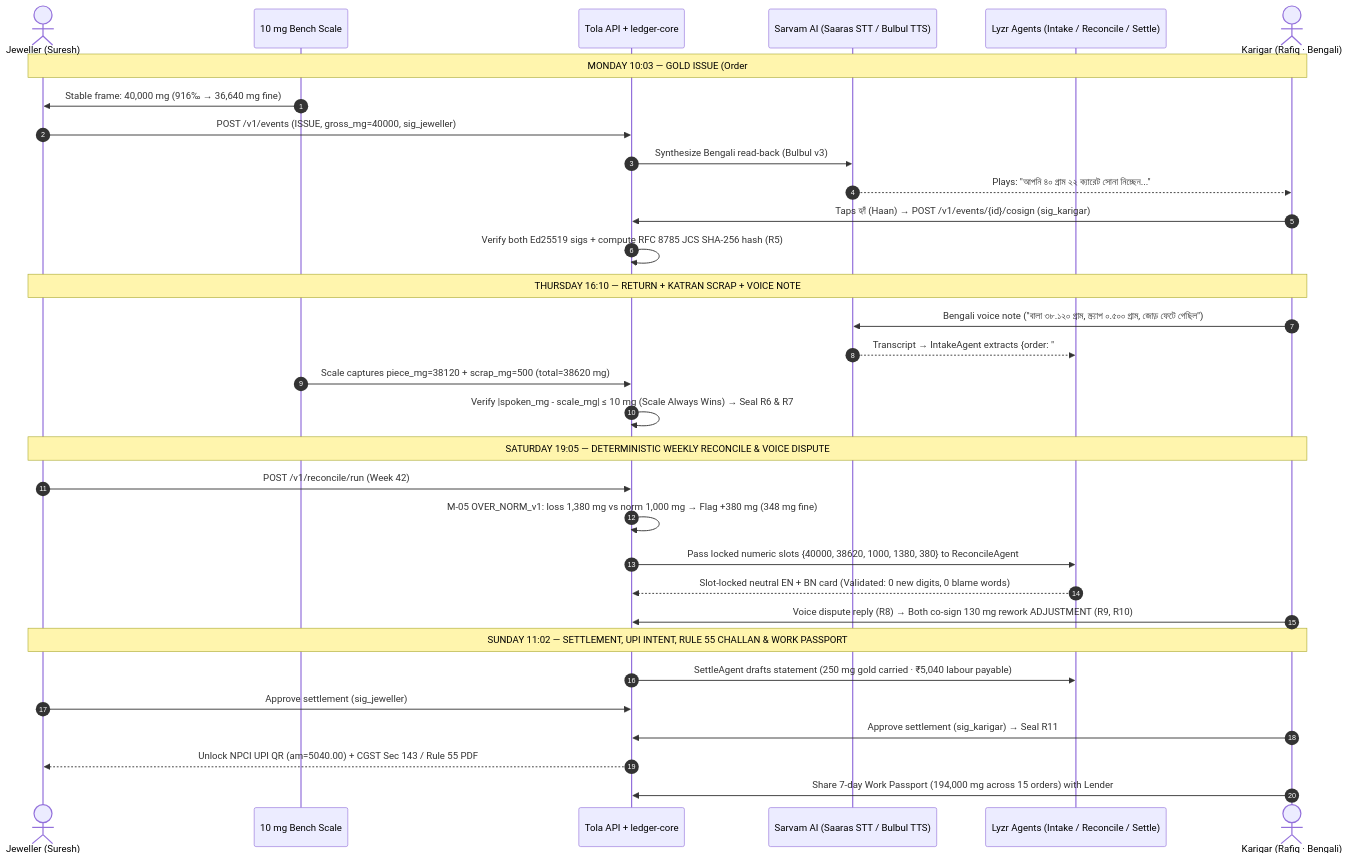
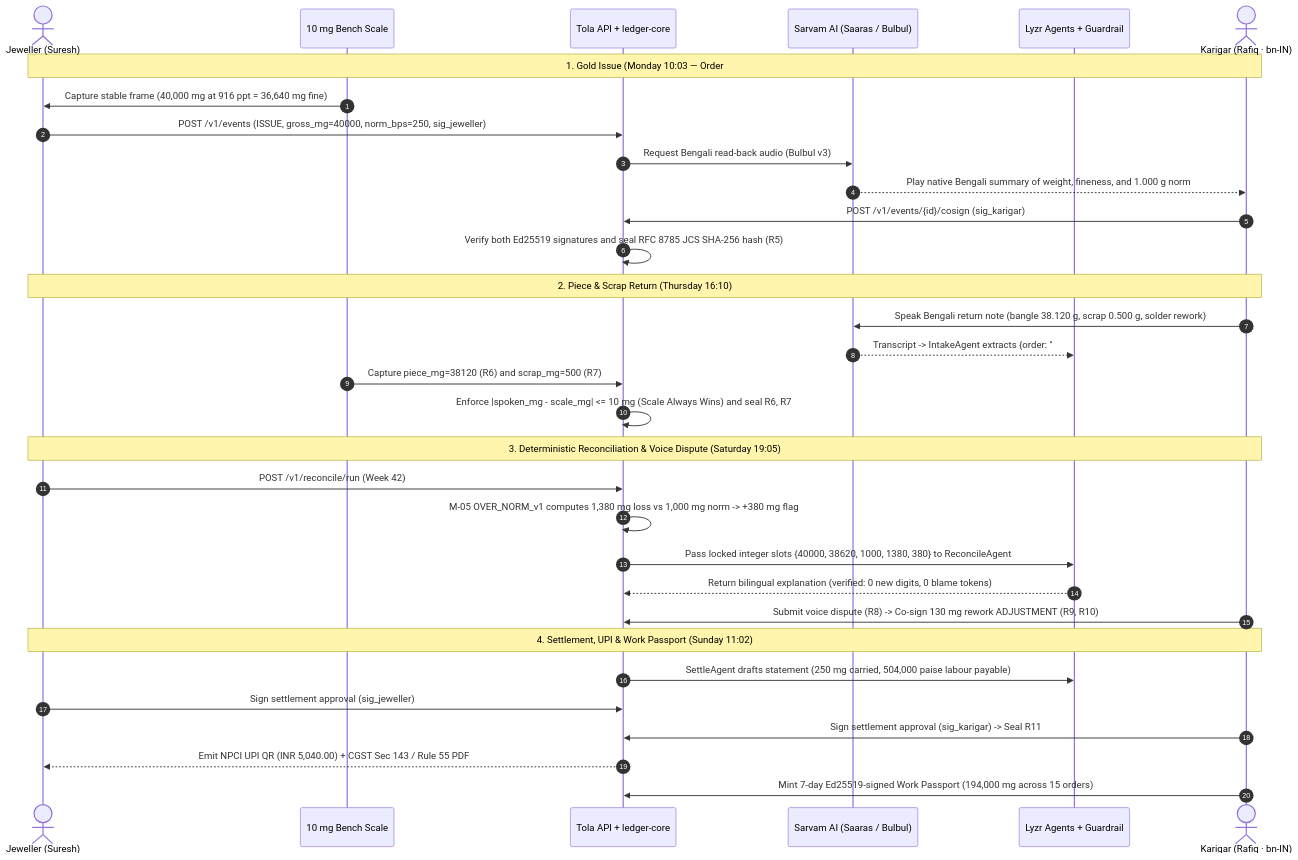
The second of 2 diagrams in README.md (harshadd-ops/Tola), drawn with Mermaid before and after one commit. The commit also changed other lines of this file and 27 other files, not shown here.

Commit message:
docs(readme): redesign into minimalist open-source README, remove slide screenshots & badges, fix KaTeX math mode, add figure captions and MIT LICENSE

````diff
--- a/README.md
+++ b/README.md
@@ -289,38 +209,38 @@
 ```mermaid
 sequenceDiagram
   autonumber
   actor J as Jeweller (Suresh)
   participant S as 10 mg Bench Scale
   participant Core as Tola API + ledger-core
-  participant Sarvam as Sarvam AI (Saaras STT / Bulbul TTS)
-  participant Lyzr as Lyzr Agents (Intake / Reconcile / Settle)
-  actor K as Karigar (Rafiq · Bengali)
+  participant V as Sarvam AI (Saaras / Bulbul)
+  participant A as Lyzr Agents + Guardrail
+  actor K as Karigar (Rafiq · bn-IN)
 
-  Note over J,K: MONDAY 10:03 — GOLD ISSUE (Order #14 · 40,000 mg 22K · 250 bps norm)
-  S->>J: Stable frame: 40,000 mg (916‰ → 36,640 mg fine)
-  J->>Core: POST /v1/events (ISSUE, gross_mg=40000, sig_jeweller)
-  Core->>Sarvam: Synthesize Bengali read-back (Bulbul v3)
-  Sarvam-->>K: Plays: "আপনি ৪০ গ্রাম ২২ ক্যারেট সোনা নিচ্ছেন..."
-  K->>Core: Taps হ্যাঁ (Haan) → POST /v1/events/{id}/cosign (sig_karigar)
-  Core->>Core: Verify both Ed25519 sigs + compute RFC 8785 JCS SHA-256 hash (R5)
+  Note over J,K: 1. Gold Issue (Monday 10:03 — Order #14)
+  S->>J: Capture stable frame (40,000 mg at 916 ppt = 36,640 mg fine)
+  J->>Core: POST /v1/events (ISSUE, gross_mg=40000, norm_bps=250, sig_jeweller)
+  Core->>V: Request Bengali read-back audio (Bulbul v3)
+  V-->>K: Play native Bengali summary of weight, fineness, and 1.000 g norm
+  K->>Core: POST /v1/events/{id}/cosign (sig_karigar)
+  Core->>Core: Verify both Ed25519 signatures and seal RFC 8785 JCS SHA-256 hash (R5)
 
-  Note over J,K: THURSDAY 16:10 — RETURN + KATRAN SCRAP + VOICE NOTE
-  K->>Sarvam: Bengali voice note ("বালা ৩৮.১২০ গ্রাম, স্ক্র্যাপ ০.৫০০ গ্রাম, জোড় ফেটে গেছিল")
-  Sarvam-->>Lyzr: Transcript → IntakeAgent extracts {order: "#14", tag: "REWORK_SOLDER"}
-  S->>Core: Scale captures piece_mg=38120 + scrap_mg=500 (total=38620 mg)
-  Core->>Core: Verify |spoken_mg - scale_mg| ≤ 10 mg (Scale Always Wins) → Seal R6 & R7
+  Note over J,K: 2. Piece & Scrap Return (Thursday 16:10)
+  K->>V: Speak Bengali return note (bangle 38.120 g, scrap 0.500 g, solder rework)
+  V-->>A: Transcript -> IntakeAgent extracts {order: "#14", reason: "REWORK_SOLDER"}
+  S->>Core: Capture piece_mg=38120 (R6) and scrap_mg=500 (R7)
+  Core->>Core: Enforce |spoken_mg - scale_mg| <= 10 mg (Scale Always Wins) and seal R6, R7
 
-  Note over J,K: SATURDAY 19:05 — DETERMINISTIC WEEKLY RECONCILE & VOICE DISPUTE
+  Note over J,K: 3. Deterministic Reconciliation & Voice Dispute (Saturday 19:05)
   J->>Core: POST /v1/reconcile/run (Week 42)
-  Core->>Core: M-05 OVER_NORM_v1: loss 1,380 mg vs norm 1,000 mg → Flag +380 mg (348 mg fine)
-  Core->>Lyzr: Pass locked numeric slots {40000, 38620, 1000, 1380, 380} to ReconcileAgent
-  Lyzr-->>Core: Slot-locked neutral EN + BN card (Validated: 0 new digits, 0 blame words)
-  K->>Core: Voice dispute reply (R8) → Both co-sign 130 mg rework ADJUSTMENT (R9, R10)
+  Core->>Core: M-05 OVER_NORM_v1 computes 1,380 mg loss vs 1,000 mg norm -> +380 mg flag
+  Core->>A: Pass locked integer slots {40000, 38620, 1000, 1380, 380} to ReconcileAgent
+  A-->>Core: Return bilingual explanation (verified: 0 new digits, 0 blame tokens)
+  K->>Core: Submit voice dispute (R8) -> Co-sign 130 mg rework ADJUSTMENT (R9, R10)
 
-  Note over J,K: SUNDAY 11:02 — SETTLEMENT, UPI INTENT, RULE 55 CHALLAN & WORK PASSPORT
-  Core->>Lyzr: SettleAgent drafts statement (250 mg gold carried · ₹5,040 labour payable)
-  J->>Core: Approve settlement (sig_jeweller)
-  K->>Core: Approve settlement (sig_karigar) → Seal R11
-  Core-->>J: Unlock NPCI UPI QR (am=5040.00) + CGST Sec 143 / Rule 55 PDF
-  K->>Core: Share 7-day Work Passport (194,000 mg across 15 orders) with Lender
+  Note over J,K: 4. Settlement, UPI & Work Passport (Sunday 11:02)
+  Core->>A: SettleAgent drafts statement (250 mg carried, 504,000 paise labour payable)
+  J->>Core: Sign settlement approval (sig_jeweller)
+  K->>Core: Sign settlement approval (sig_karigar) -> Seal R11
+  Core-->>J: Emit NPCI UPI QR (INR 5,040.00) + CGST Sec 143 / Rule 55 PDF
+  K->>Core: Mint 7-day Ed25519-signed Work Passport (194,000 mg across 15 orders)
 ```
````
